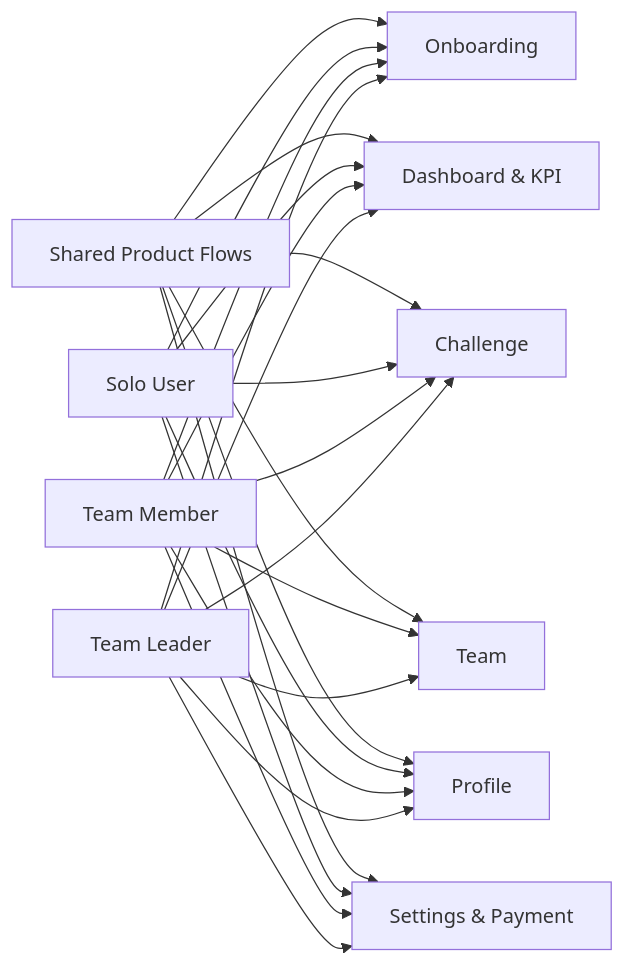
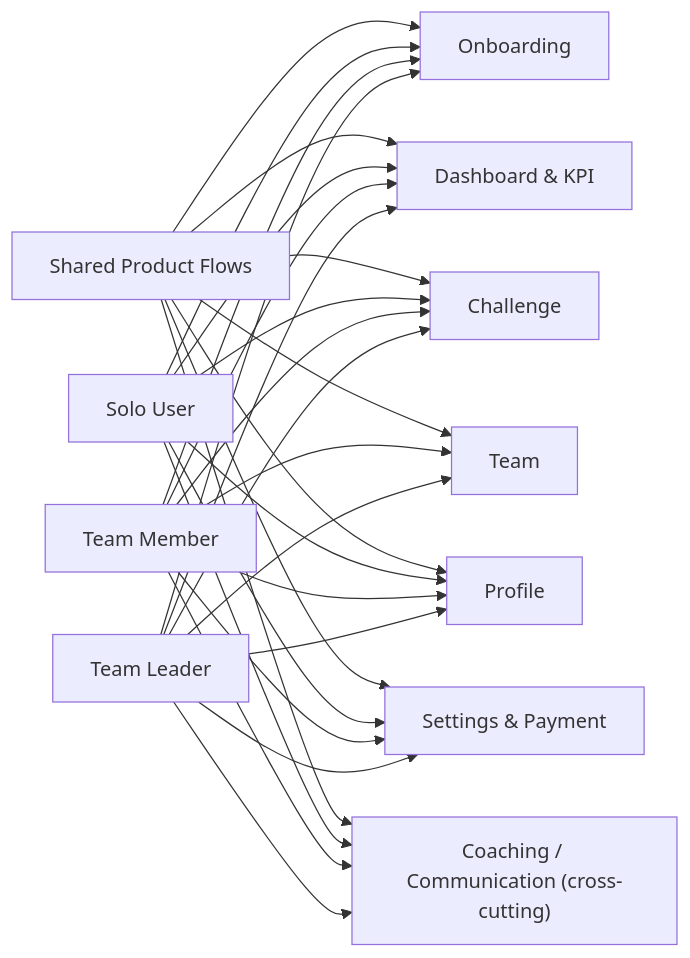
Before and after one commit to jonhazeltine/compass-kpi: the second of 8 diagrams in docs/spec/appendix/INTENDED_WIRING_DIAGRAM.md, drawn with Mermaid. The commit also changed other lines of this file and 2 other files, not shown here.

Commit message:
Add coaching capability matrix and wiring addendum

````diff
--- a/docs/spec/appendix/INTENDED_WIRING_DIAGRAM.md
+++ b/docs/spec/appendix/INTENDED_WIRING_DIAGRAM.md
@@ -40,29 +43,33 @@
 ```mermaid
 flowchart LR
   P["Shared Product Flows"] --> S1["Onboarding"]
   P --> S2["Dashboard & KPI"]
   P --> S3["Challenge"]
   P --> S4["Team"]
   P --> S5["Profile"]
   P --> S6["Settings & Payment"]
+  P --> S7["Coaching / Communication (cross-cutting)"]
 
   U1["Solo User"] --> S1
   U1 --> S2
   U1 --> S3
   U1 --> S5
   U1 --> S6
+  U1 --> S7
 
   U2["Team Member"] --> S1
   U2 --> S2
   U2 --> S3
   U2 --> S4
   U2 --> S5
   U2 --> S6
+  U2 --> S7
 
   U3["Team Leader"] --> S1
   U3 --> S2
   U3 --> S3
   U3 --> S4
   U3 --> S5
   U3 --> S6
+  U3 --> S7
 ```
````
